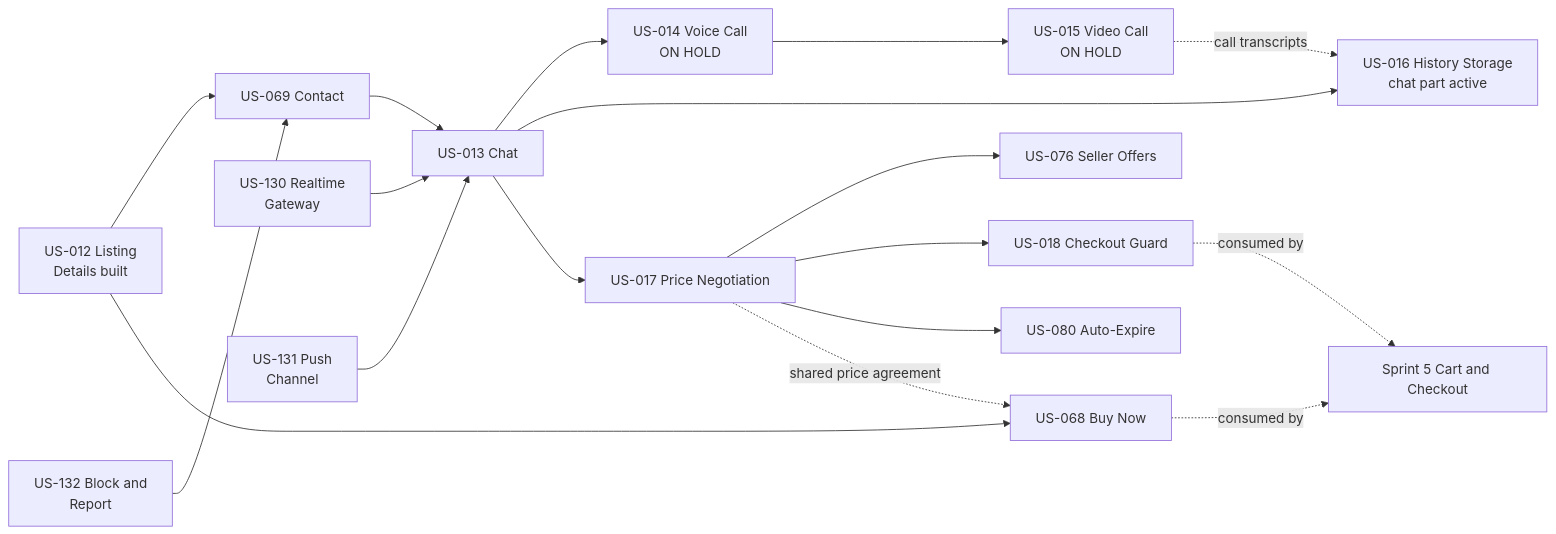
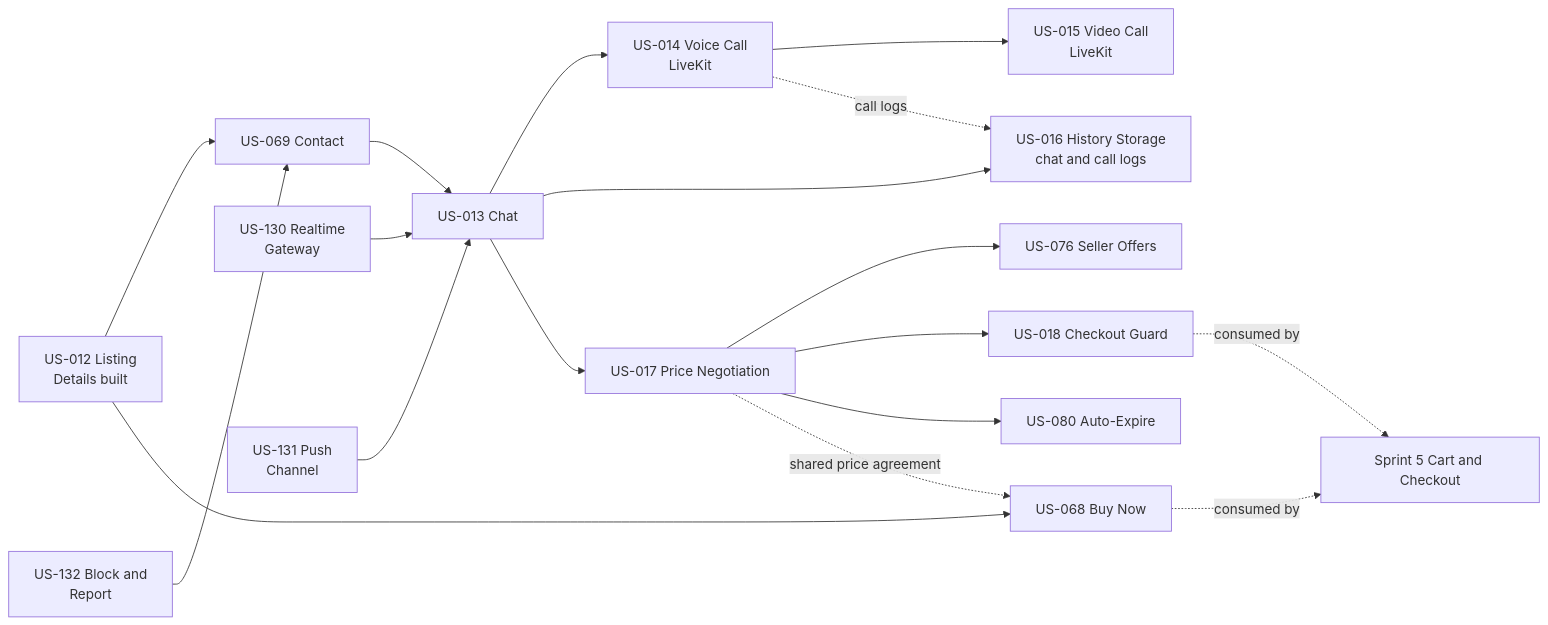
The first of 15 diagrams in LLD/Sprint-4-Communication-Negotiation-LLD.md (VSPL-New/Documents), drawn with Mermaid before and after one commit. The commit also changed other lines of this file and 9 other files, not shown here.

First line of the commit message:
docs(US-014): in-app voice and video calls on livekit

````diff
--- a/LLD/Sprint-4-Communication-Negotiation-LLD.md
+++ b/LLD/Sprint-4-Communication-Negotiation-LLD.md
@@ -66,20 +67,20 @@
 ```mermaid
 graph LR
     US012[US-012 Listing<br/>Details built] --> US069[US-069 Contact]
     US130[US-130 Realtime<br/>Gateway] --> US013[US-013 Chat]
     US131[US-131 Push<br/>Channel] --> US013
     US132[US-132 Block and<br/>Report] --> US069
     US069 --> US013
-    US013 --> US014[US-014 Voice Call<br/>ON HOLD]
-    US014 --> US015[US-015 Video Call<br/>ON HOLD]
-    US013 --> US016[US-016 History Storage<br/>chat part active]
-    US015 -. call transcripts .-> US016
+    US013 --> US014[US-014 Voice Call<br/>LiveKit]
+    US014 --> US015[US-015 Video Call<br/>LiveKit]
+    US013 --> US016[US-016 History Storage<br/>chat and call logs]
+    US014 -. call logs .-> US016
     US013 --> US017[US-017 Price Negotiation]
     US017 --> US076[US-076 Seller Offers]
     US017 --> US018[US-018 Checkout Guard]
     US017 --> US080[US-080 Auto-Expire]
     US012 --> US068[US-068 Buy Now]
     US017 -. shared price agreement .-> US068
     US018 -. consumed by .-> S5[Sprint 5 Cart and Checkout]
     US068 -. consumed by .-> S5
 ```
````
